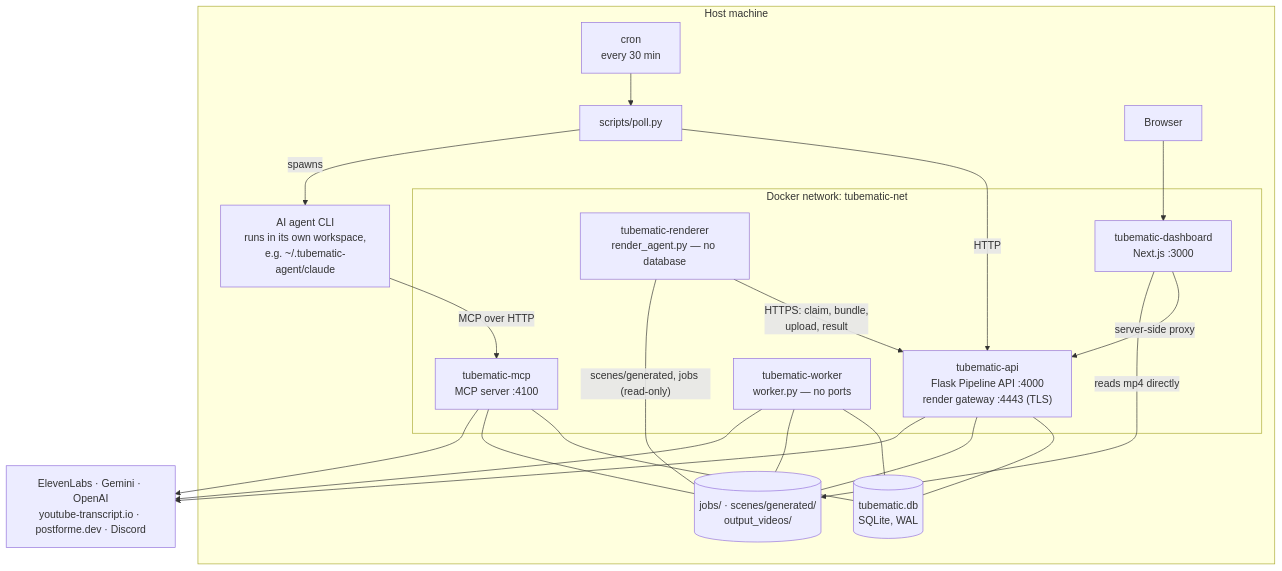
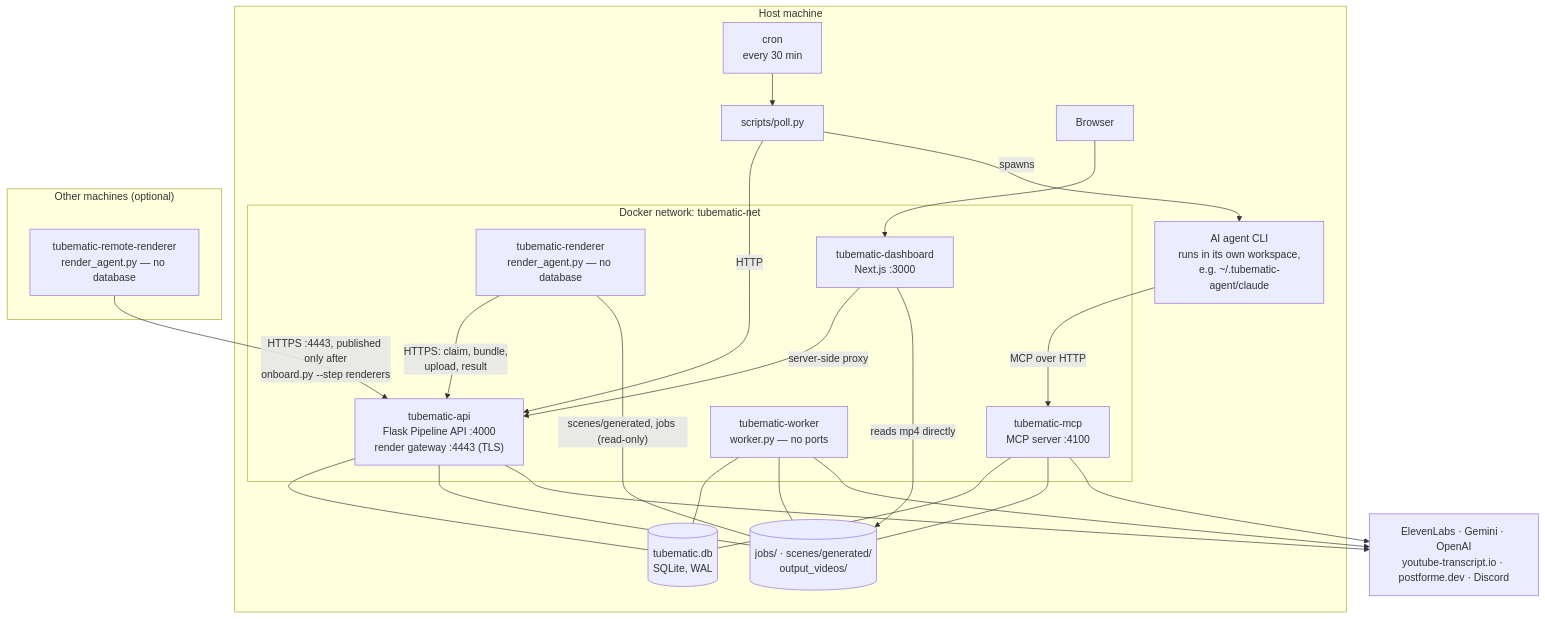
One commit to teja156/tubematic changed the diagram in docs/developer/01-architecture.md. Above: the diagram before and after it, drawn with Mermaid. The commit also changed other lines of this file and 18 other files, not shown here.

````diff
--- a/docs/developer/01-architecture.md
+++ b/docs/developer/01-architecture.md
@@ -7,43 +9,48 @@
 ```mermaid
 flowchart TB
     subgraph HOST["Host machine"]
         CRON["cron<br/>every 30 min"]
         POLL["scripts/poll.py"]
         AGENT["AI agent CLI<br/>runs in its own workspace,<br/>e.g. ~/.tubematic-agent/claude"]
         BROWSER["Browser"]
 
         subgraph NET["Docker network: tubematic-net"]
             FLASK["tubematic-api<br/>Flask Pipeline API :4000<br/>render gateway :4443 (TLS)"]
             MCP["tubematic-mcp<br/>MCP server :4100"]
             WORKER["tubematic-worker<br/>worker.py — no ports"]
             RENDER["tubematic-renderer<br/>render_agent.py — no database"]
             DASH["tubematic-dashboard<br/>Next.js :3000"]
         end
 
         DB[("tubematic.db<br/>SQLite, WAL")]
         FILES[("jobs/ · scenes/generated/<br/>output_videos/")]
     end
 
     EXT["ElevenLabs · Gemini · OpenAI<br/>youtube-transcript.io · postforme.dev · Discord"]
 
+    subgraph REMOTE["Other machines (optional)"]
+        RREND["tubematic-remote-renderer<br/>render_agent.py — no database"]
+    end
+
     CRON --> POLL
     POLL -->|HTTP| FLASK
     POLL -->|spawns| AGENT
     AGENT -->|MCP over HTTP| MCP
     BROWSER --> DASH
     DASH -->|server-side proxy| FLASK
     DASH -->|reads mp4 directly| FILES
 
     FLASK --- DB
     MCP --- DB
     WORKER --- DB
     RENDER -->|"HTTPS: claim, bundle,<br/>upload, result"| FLASK
     FLASK --- FILES
     MCP --- FILES
     WORKER --- FILES
     RENDER ---|"scenes/generated, jobs (read-only)"| FILES
+    RREND -->|"HTTPS :4443, published only after<br/>onboard.py --step renderers"| FLASK
 
     MCP --> EXT
     WORKER --> EXT
     FLASK --> EXT
 ```
````
